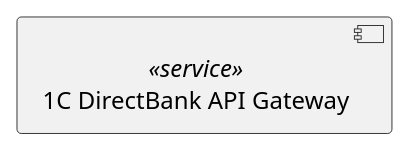
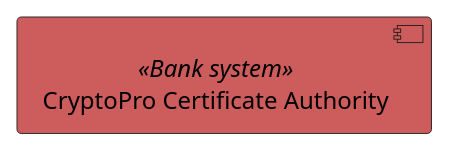
Before and after one commit to RaikBitters/ibank-internal-services: the first of 2 diagrams in diagrams/.library/components/bank-systems/cryptopro-ca.puml, drawn with PlantUML. The commit also changed other lines of this file and 7 other files, not shown here.

Commit message:
Updated 1C Direct-bank diagrams

```diff
--- a/diagrams/.library/components/bank-systems/cryptopro-ca.puml
+++ b/diagrams/.library/components/bank-systems/cryptopro-ca.puml
@@ -1,5 +1,5 @@
 @startuml (id=component)
 
-component "1C DirectBank API Gateway" as 1CDirect <<service>>
+component "CryptoPro Certificate Authority" as CryptoProCA <<Bank system>> #IndianRed
 
 @enduml
```
